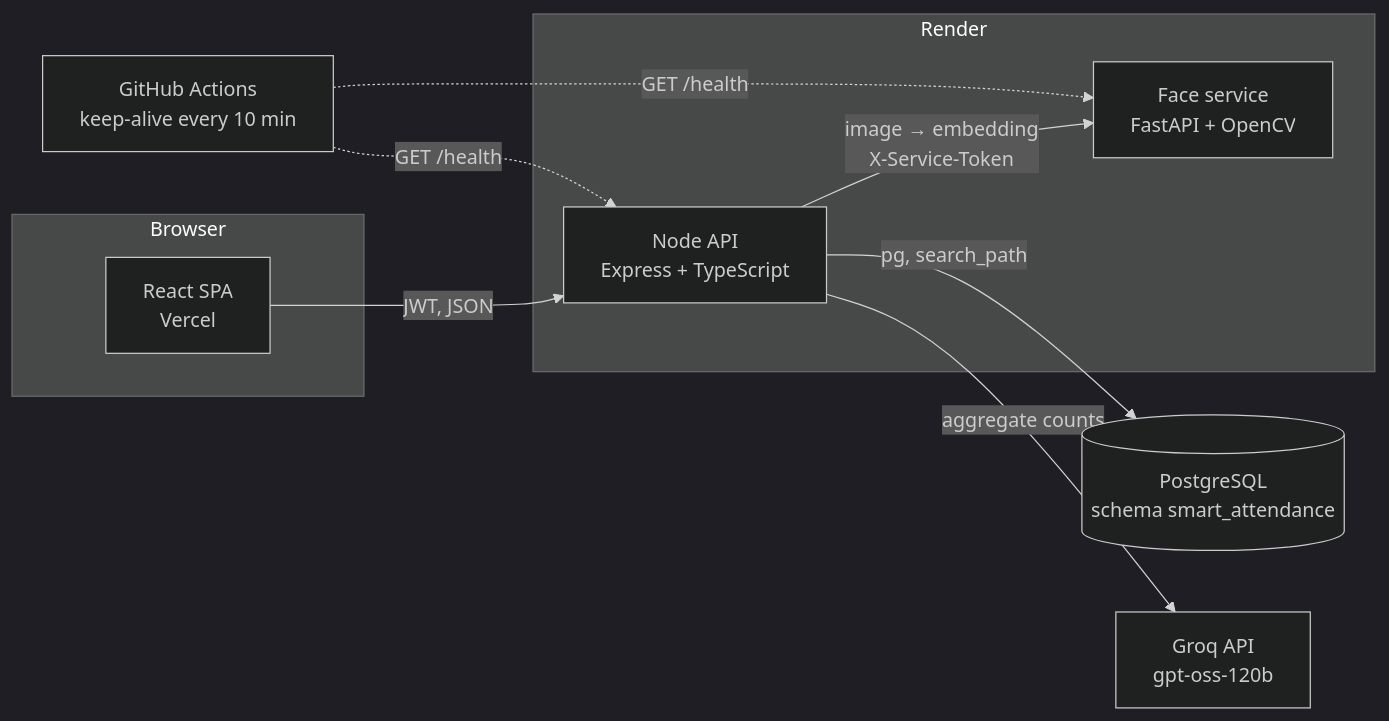
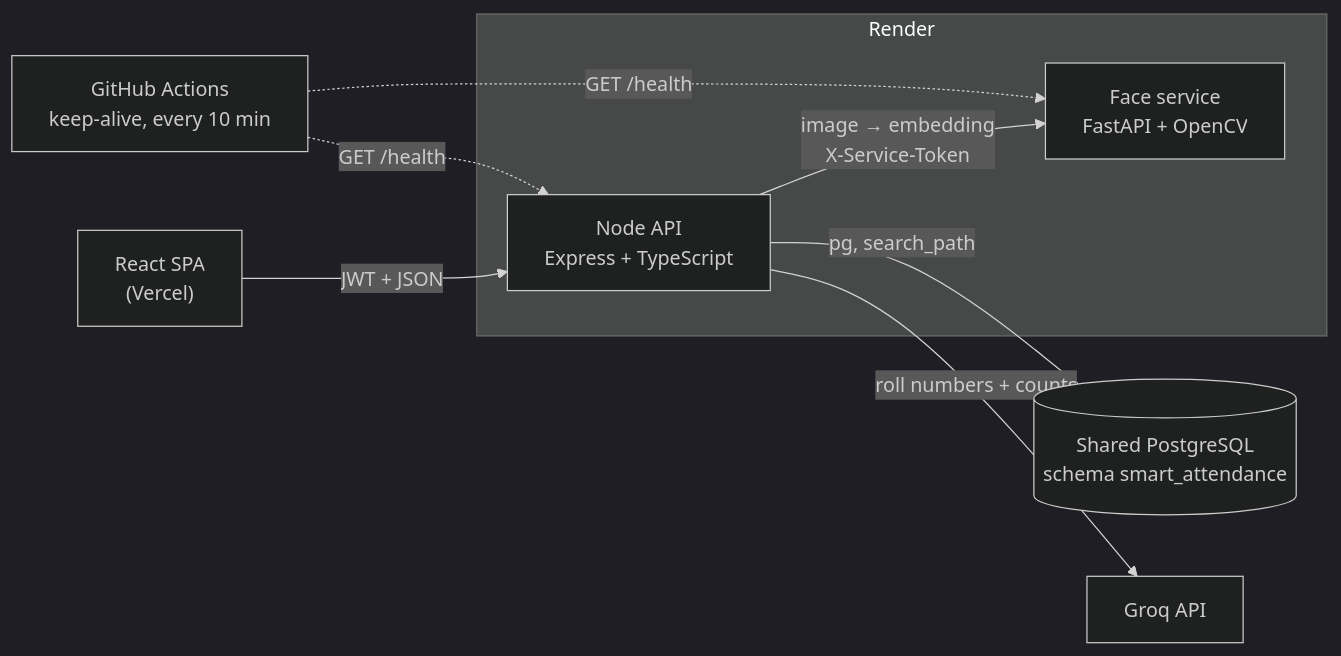
Before and after one commit to HarshBathija-04/Smart-Attendence: the diagram in README.md, drawn with Mermaid (dark theme). The commit also changed other lines of this file, not shown here.

````diff
--- a/README.md
+++ b/README.md
@@ -35,20 +41,18 @@
 ```mermaid
 flowchart LR
-    subgraph Browser
-      W[React SPA<br/>Vercel]
+    W["React SPA<br/>(Vercel)"]
+    subgraph Render
+      A["Node API<br/>Express + TypeScript"]
+      F["Face service<br/>FastAPI + OpenCV"]
     end
-    subgraph Render
-      A[Node API<br/>Express + TypeScript]
-      F[Face service<br/>FastAPI + OpenCV]
-    end
-    DB[(PostgreSQL<br/>schema smart_attendance)]
-    G[Groq API<br/>gpt-oss-120b]
-    GH[GitHub Actions<br/>keep-alive every 10 min]
+    DB[("Shared PostgreSQL<br/>schema smart_attendance")]
+    G["Groq API"]
+    GH["GitHub Actions<br/>keep-alive, every 10 min"]
 
-    W -- "JWT, JSON" --> A
+    W -- "JWT + JSON" --> A
     A -- "image → embedding<br/>X-Service-Token" --> F
     A -- "pg, search_path" --> DB
-    A -- "aggregate counts" --> G
+    A -- "roll numbers + counts" --> G
     GH -. "GET /health" .-> A
     GH -. "GET /health" .-> F
 ```
````
